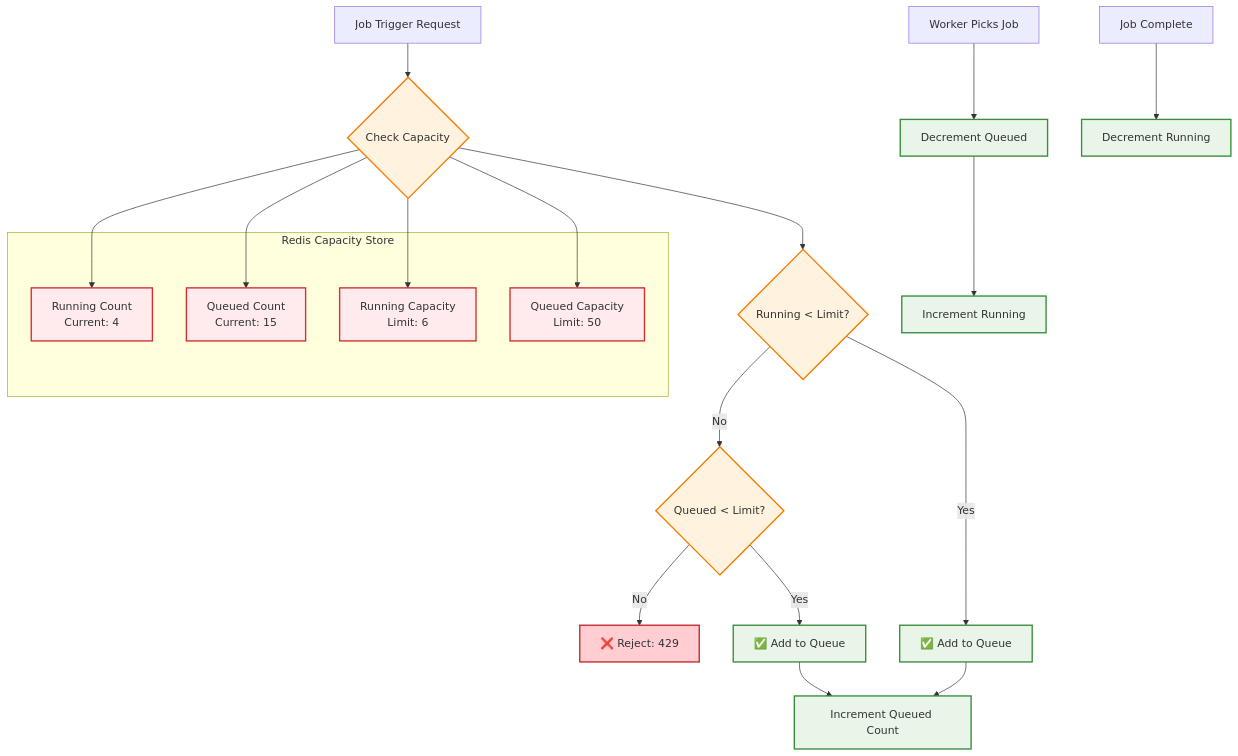
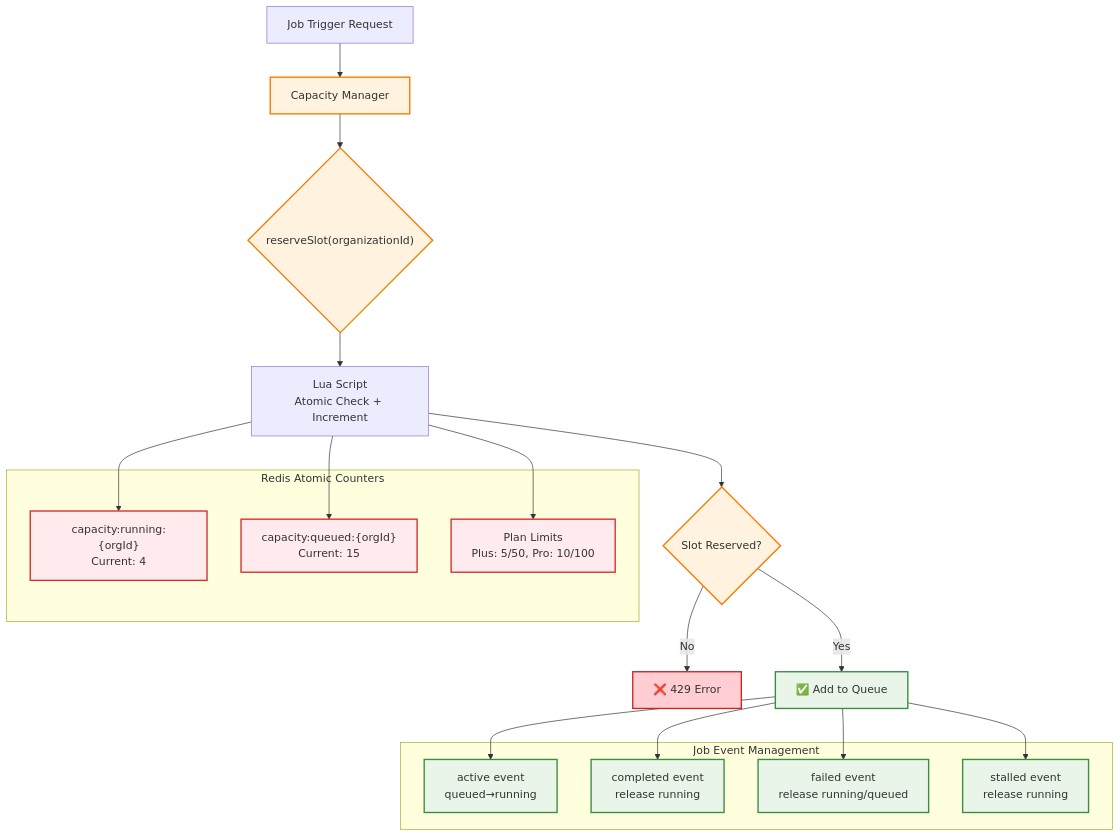
The seventh of 11 diagrams in specs/03-execution/JOB_TRIGGER_SYSTEM.md (supercheck-io/supercheck), drawn with Mermaid before and after one commit. The commit also changed other lines of this file and 26 other files, not shown here.

````diff
--- a/specs/03-execution/JOB_TRIGGER_SYSTEM.md
+++ b/specs/03-execution/JOB_TRIGGER_SYSTEM.md
@@ -277,37 +284,38 @@
 ```mermaid
 graph TB
-    A[Job Trigger Request] --> B{Check Capacity}
+    A[Job Trigger Request] --> CM[Capacity Manager]
+    CM --> B{"reserveSlot(organizationId)"}
 
-    subgraph "Redis Capacity Store"
-        C[Running Count<br/>Current: 4]
-        D[Queued Count<br/>Current: 15]
-        E[Running Capacity<br/>Limit: 6]
-        F[Queued Capacity<br/>Limit: 50]
+    subgraph "Redis Atomic Counters"
+        C["capacity:running:{orgId}<br/>Current: 4"]
+        D["capacity:queued:{orgId}<br/>Current: 15"]
+        E["Plan Limits<br/>Plus: 5/50, Pro: 10/100"]
     end
 
-    B --> C & D & E & F
+    B --> Lua[Lua Script<br/>Atomic Check + Increment]
+    Lua --> C & D & E
 
-    B --> G{Running < Limit?}
-    G -->|No| H{Queued < Limit?}
-    H -->|No| I[❌ Reject: 429]
-    H -->|Yes| J[✅ Add to Queue]
+    Lua --> F{Slot Reserved?}
+    F -->|No| G[❌ 429 Error]
+    F -->|Yes| H[✅ Add to Queue]
 
-    G -->|Yes| K[✅ Add to Queue]
-    K --> L[Increment Queued Count]
-    J --> L
+    subgraph "Job Event Management"
+        I[active event<br/>queued→running]
+        J[completed event<br/>release running]
+        K[failed event<br/>release running/queued]
+        L[stalled event<br/>release running]
+    end
 
-    M[Worker Picks Job] --> N[Decrement Queued]
-    N --> O[Increment Running]
-
-    P[Job Complete] --> Q[Decrement Running]
+    H --> I & J & K & L
 
     classDef check fill:#fff3e0,stroke:#f57c00,stroke-width:2px
     classDef redis fill:#ffebee,stroke:#d32f2f,stroke-width:2px
     classDef success fill:#e8f5e8,stroke:#388e3c,stroke-width:2px
     classDef reject fill:#ffcdd2,stroke:#c62828,stroke-width:2px
+    classDef event fill:#e3f2fd,stroke:#1976d2,stroke-width:2px
 
-    class B,G,H check
-    class C,D,E,F redis
-    class J,K,L,N,O,Q success
-    class I reject
+    class CM,B,F check
+    class C,D,E redis
+    class H,I,J,K,L success
+    class G reject
 ```
````
